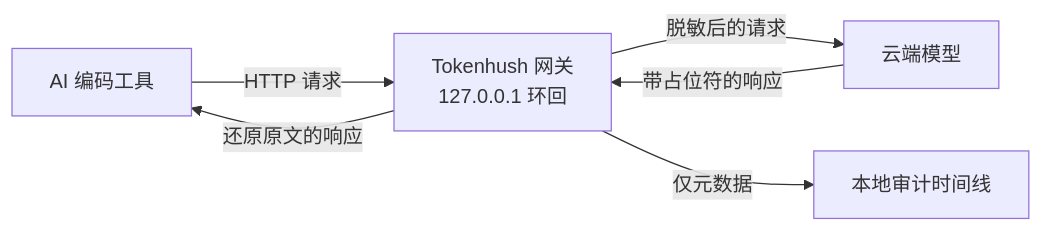
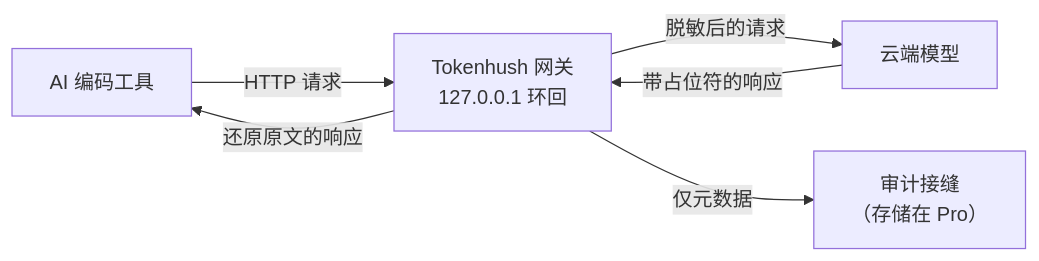
Before and after one commit to fregie/tokenhush: the diagram in README.zh-CN.md, drawn with Mermaid. The commit also changed other lines of this file and 24 other files, not shown here.

````diff
--- a/README.zh-CN.md
+++ b/README.zh-CN.md
@@ -38,8 +38,8 @@
 ```mermaid
 flowchart LR
     A["AI 编码工具"] -->|HTTP 请求| B["Tokenhush 网关<br/>127.0.0.1 环回"]
     B -->|脱敏后的请求| C["云端模型"]
     C -->|带占位符的响应| B
     B -->|还原原文的响应| A
-    B -->|仅元数据| D["本地审计时间线"]
+    B -->|仅元数据| D["审计接缝<br/>（存储在 Pro）"]
 ```
````
